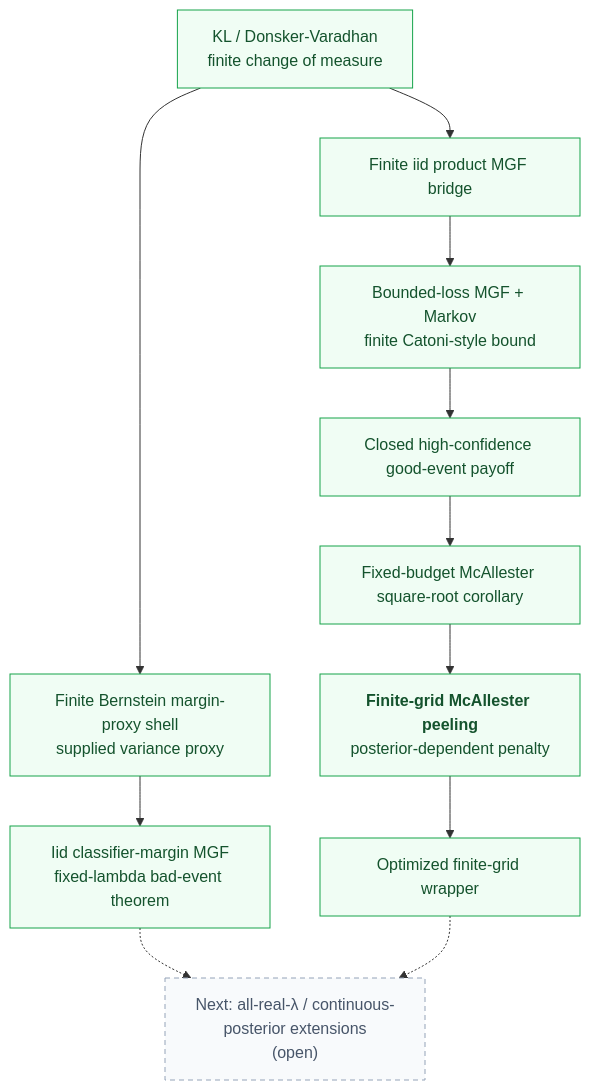
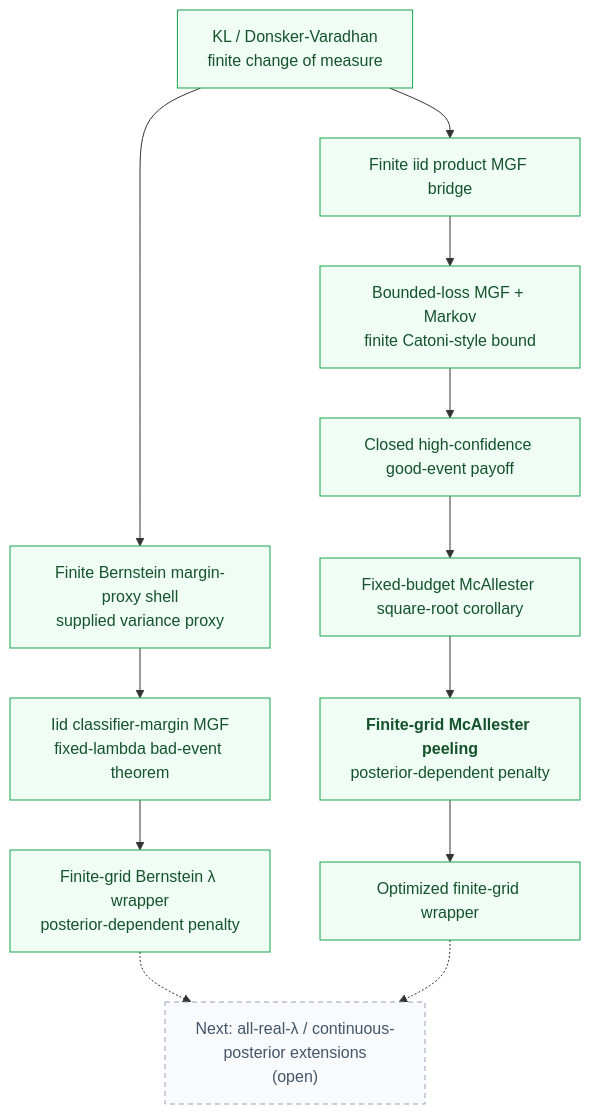
Before and after one commit to Robby955/FormalSLT: the sixth of 7 diagrams in docs/diagrams.md, drawn with Mermaid. The commit also changed other lines of this file and 8 other files, not shown here.

Commit message:
feat(pac-bayes): add Bernstein finite-grid wrapper

````diff
--- a/docs/diagrams.md
+++ b/docs/diagrams.md
@@ -192,23 +192,24 @@
 ```mermaid
 flowchart TD
     kl["KL / Donsker-Varadhan<br/>finite change of measure"]
     mgf["Finite iid product MGF bridge"]
     catoni["Bounded-loss MGF + Markov<br/>finite Catoni-style bound"]
     payoff["Closed high-confidence good-event payoff"]
     fixed["Fixed-budget McAllester square-root corollary"]
     peeling["<b>Finite-grid McAllester peeling</b><br/>posterior-dependent penalty"]
     optimized["Optimized finite-grid wrapper"]
-    bernstein["Finite Bernstein margin-proxy shell<br/>supplied variance proxy"]
-    margin["Iid classifier-margin MGF<br/>fixed-lambda bad-event theorem"]
-    future["Next: all-real-λ / continuous-posterior extensions<br/>(open)"]
+	    bernstein["Finite Bernstein margin-proxy shell<br/>supplied variance proxy"]
+	    margin["Iid classifier-margin MGF<br/>fixed-lambda bad-event theorem"]
+	    bernsteinGrid["Finite-grid Bernstein λ wrapper<br/>posterior-dependent penalty"]
+	    future["Next: all-real-λ / continuous-posterior extensions<br/>(open)"]
 
-    kl --> mgf --> catoni --> payoff --> fixed --> peeling --> optimized
-    kl --> bernstein --> margin
-    margin -.-> future
-    optimized -.-> future
+	    kl --> mgf --> catoni --> payoff --> fixed --> peeling --> optimized
+	    kl --> bernstein --> margin --> bernsteinGrid
+	    bernsteinGrid -.-> future
+	    optimized -.-> future
 
-    classDef verified fill:#f0fdf4,stroke:#16a34a,color:#14532d;
-    classDef future fill:#f8fafc,stroke:#94a3b8,color:#475569,stroke-dasharray: 5 4;
-    class kl,mgf,catoni,payoff,fixed,peeling,optimized,bernstein,margin verified;
-    class future future;
+	    classDef verified fill:#f0fdf4,stroke:#16a34a,color:#14532d;
+	    classDef future fill:#f8fafc,stroke:#94a3b8,color:#475569,stroke-dasharray: 5 4;
+	    class kl,mgf,catoni,payoff,fixed,peeling,optimized,bernstein,margin,bernsteinGrid verified;
+	    class future future;
 ```
````
